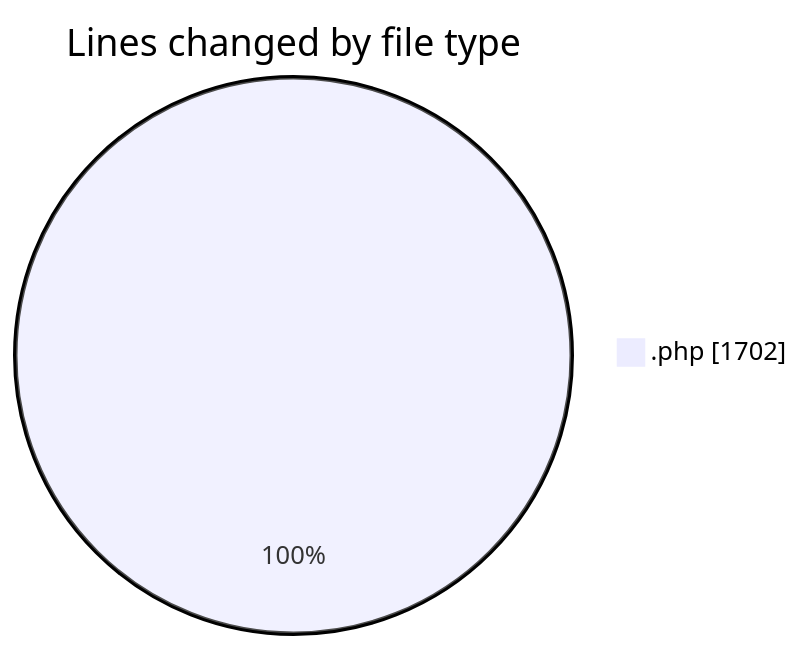
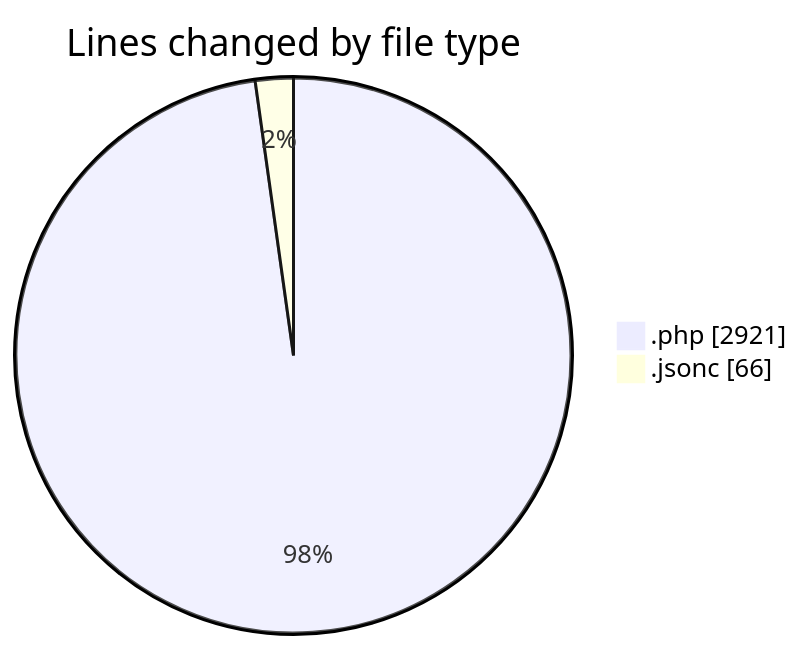
Before and after one commit to vahidmafi/code-tracking: the first of 2 diagrams in 2025-09-06/shop/README.md, drawn with Mermaid. The commit also changed other lines of this file and 1 other file, not shown here.

````diff
--- a/2025-09-06/shop/README.md
+++ b/2025-09-06/shop/README.md
@@ -23,5 +25,6 @@
 ```mermaid
 pie showData
 title Lines changed by file type
-".php" : 1702
+".php" : 2921
+".jsonc" : 66
 ```
````
